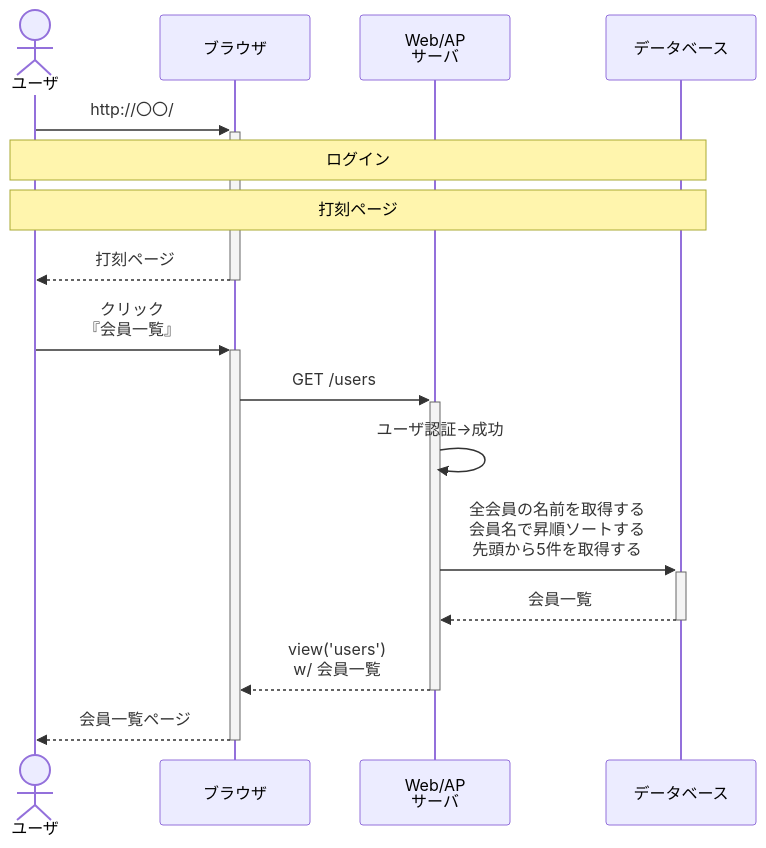
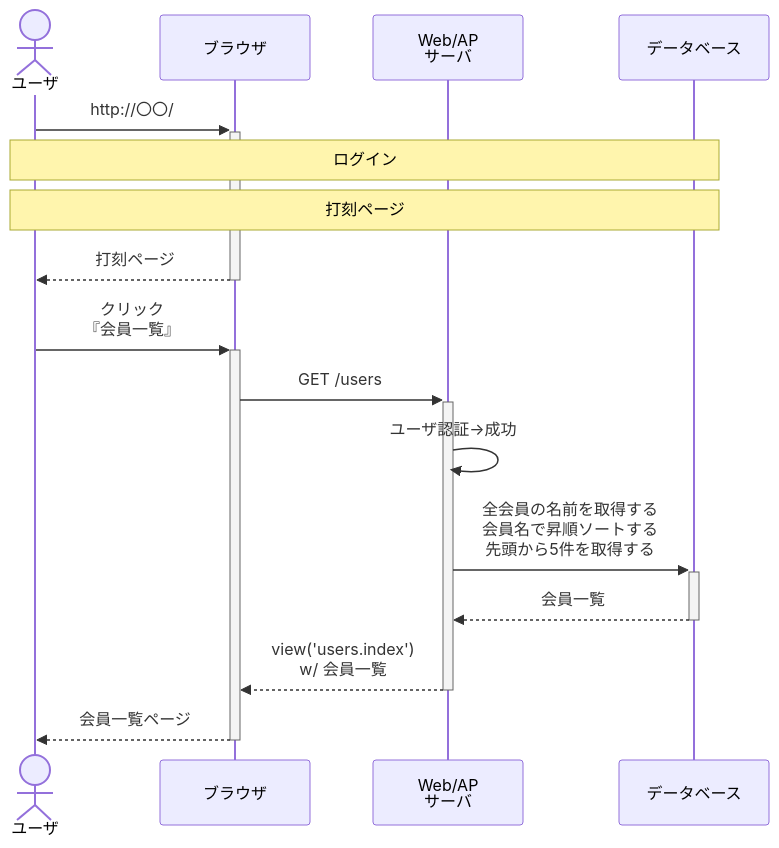
The first of 2 diagrams in doc/シーケンス図/会員一覧ページ.md (ryamao/atte), drawn with Mermaid before and after one commit. The commit also changed other lines of this file and 2 other files, not shown here.

Commit message:
doc(users): 会員別勤怠ページ追加のためにシーケンス図を修正する

````diff
--- a/doc/シーケンス図/会員一覧ページ.md
+++ b/doc/シーケンス図/会員一覧ページ.md
@@ -5,20 +5,20 @@
 ```mermaid
 sequenceDiagram
   actor U as ユーザ
   participant B as ブラウザ
   participant A as Web/AP<br>サーバ
   participant D as データベース
 
   U ->>+ B : http://〇〇/
   note over U, D : ログイン
   note over U, D : 打刻ページ
   B -->>- U : 打刻ページ
 
   U ->>+ B : クリック<br>『会員一覧』
   B ->>+ A : GET /users
   A ->> A : ユーザ認証→成功
   A ->>+ D : 全会員の名前を取得する<br>会員名で昇順ソートする<br>先頭から5件を取得する
   D -->>- A : 会員一覧
-  A -->>- B : view('users')<br>w/ 会員一覧
+  A -->>- B : view('users.index')<br>w/ 会員一覧
   B -->>- U : 会員一覧ページ
 ```
````
